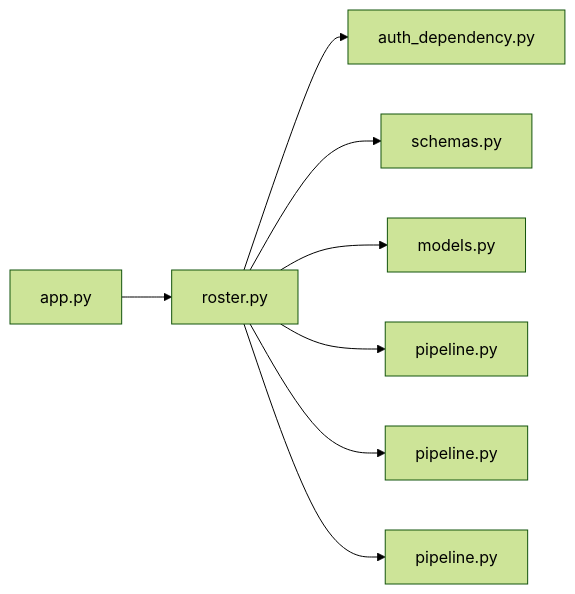
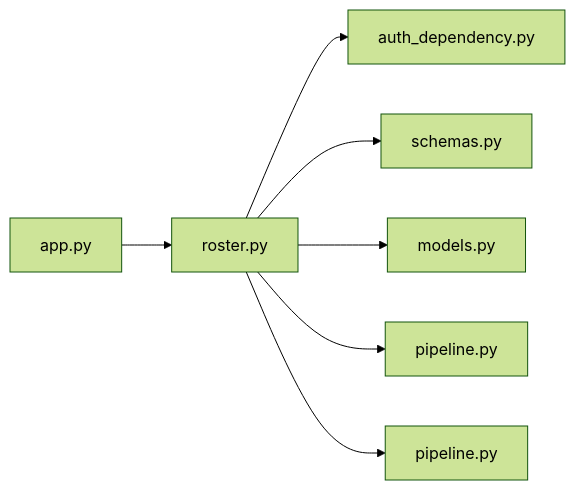
The diagram in .cluedoc/graph/backend/src/backend/api/routers/roster.md (minkong-dev/Banblit), drawn with Mermaid (forest theme) before and after one commit. The commit also changed other lines of this file and 50 other files, not shown here.

First line of the commit message:
backend: keep tunable limits and call order in each module's pipeline

````diff
--- a/.cluedoc/graph/backend/src/backend/api/routers/roster.md
+++ b/.cluedoc/graph/backend/src/backend/api/routers/roster.md
@@ -10,11 +10,10 @@
 ```mermaid
 flowchart LR
   backend_src_backend_api_routers_roster["roster.py"]
   backend_src_backend_api_routers_roster --> backend_src_backend_api_auth_dependency["auth_dependency.py"]
   backend_src_backend_api_routers_roster --> backend_src_backend_api_schemas["schemas.py"]
   backend_src_backend_api_routers_roster --> backend_src_backend_db_models["models.py"]
   backend_src_backend_api_routers_roster --> backend_src_backend_db_pipeline["pipeline.py"]
-  backend_src_backend_api_routers_roster --> backend_src_backend_services_permission_pipeline["pipeline.py"]
   backend_src_backend_api_routers_roster --> backend_src_backend_services_roster_pipeline["pipeline.py"]
   backend_src_backend_api_app["app.py"] --> backend_src_backend_api_routers_roster
 ```
````
